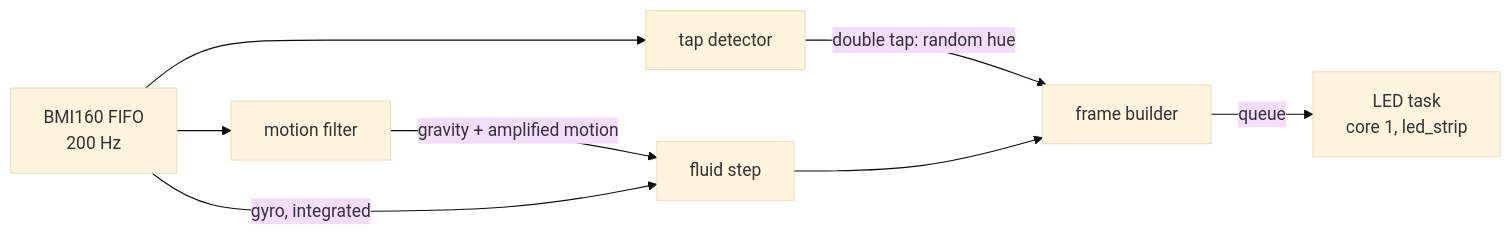
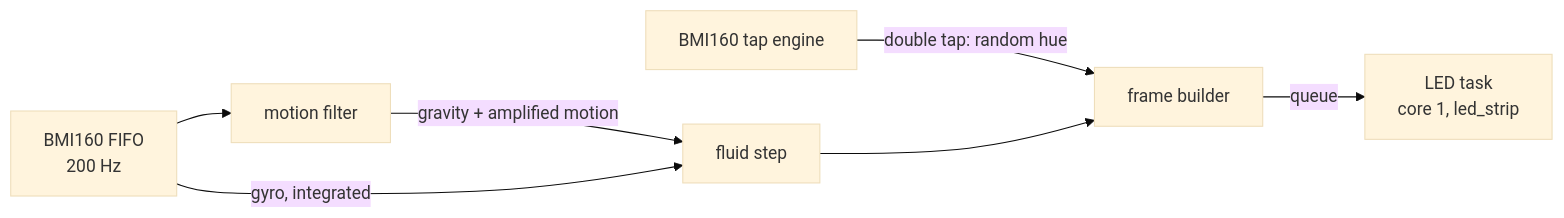
One commit to psytraxx/gravity-cube-espidf changed the third of 3 diagrams in README.md. Above: the diagram before and after it, drawn with Mermaid (base theme). The commit also changed other lines of this file and 9 other files, not shown here.

First line of the commit message:
Detect double taps with the BMI160's tap engine

````diff
--- a/README.md
+++ b/README.md
@@ -198,10 +198,9 @@
 ```mermaid
 flowchart LR
-    IMU[BMI160 FIFO<br/>200 Hz] --> TAP[tap detector]
-    IMU --> MF[motion filter]
-    TAP -->|double tap: random hue| FB
+    IMU[BMI160 FIFO<br/>200 Hz] --> MF[motion filter]
+    TAP[BMI160 tap engine] -->|double tap: random hue| FB
     MF -->|gravity + amplified motion| FX[fluid step]
     IMU -->|gyro, integrated| FX
     FX --> FB[frame builder]
     FB -->|queue| LED[LED task<br/>core 1, led_strip]
 ```
````
